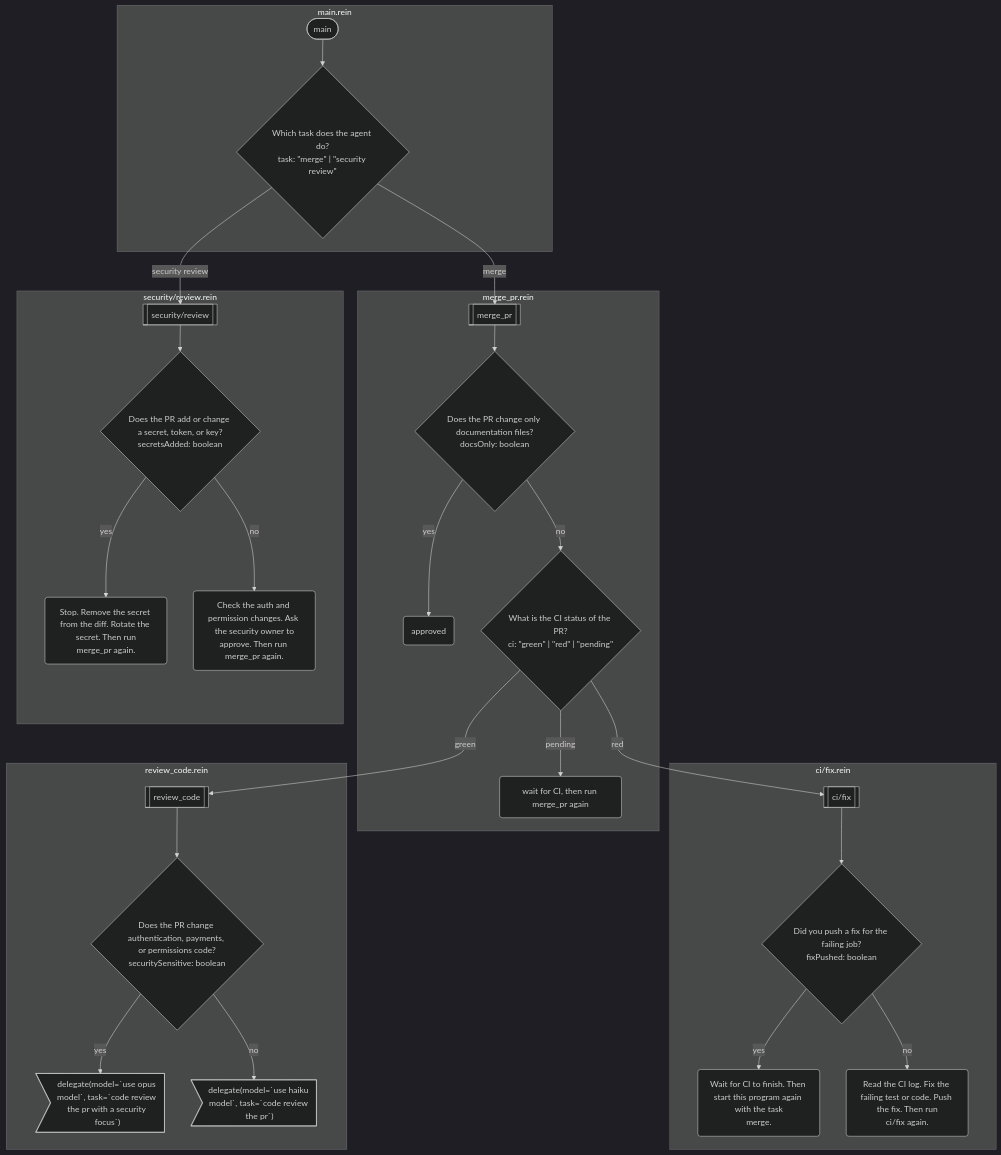
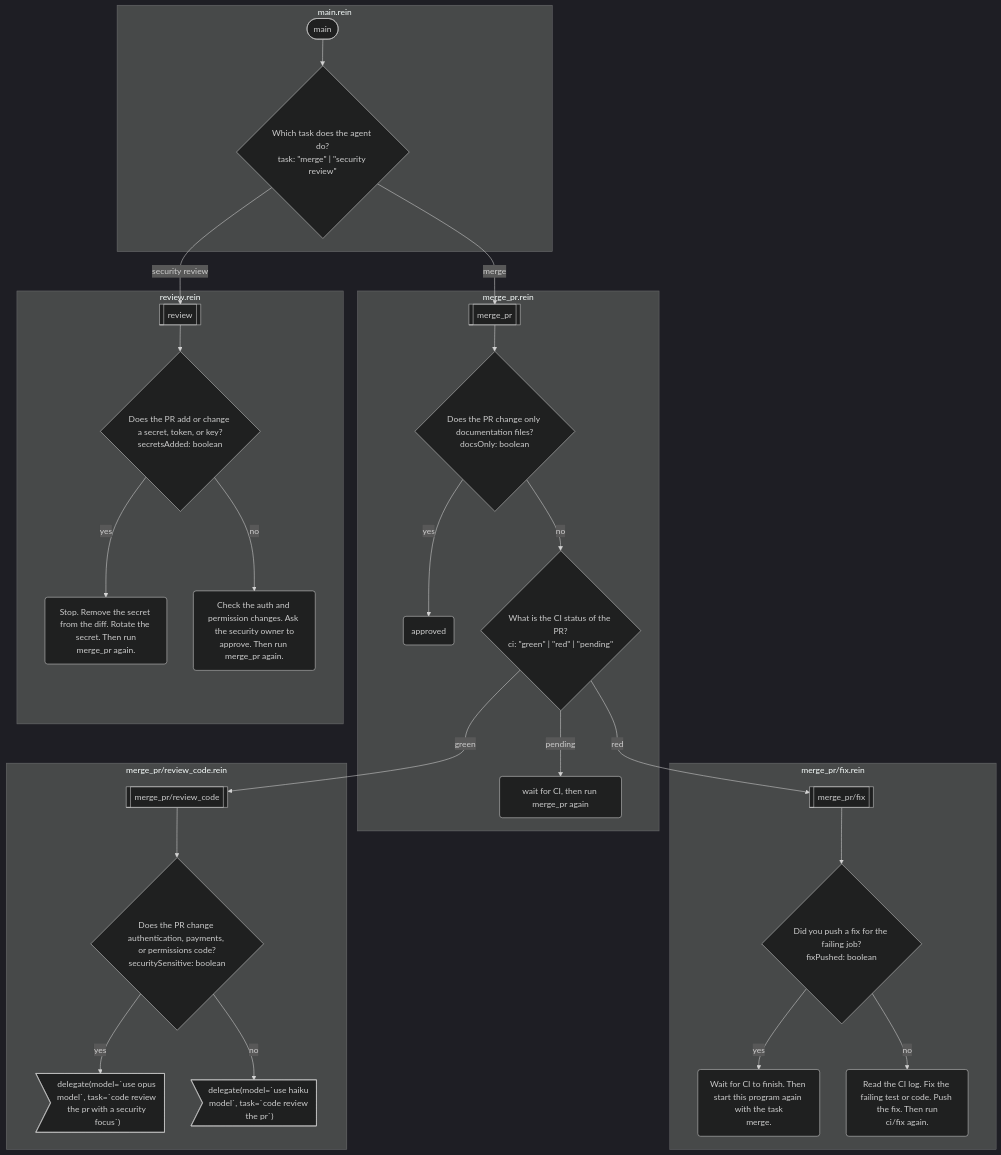
One commit to rein-lang/rein changed the diagram in website/docs/examples/merge-pr.md. Above: the diagram before and after it, drawn with Mermaid (dark theme). The commit also changed other lines of this file and 41 other files, not shown here.

````diff
--- a/website/docs/examples/merge-pr.md
+++ b/website/docs/examples/merge-pr.md
@@ -11,50 +11,50 @@
 ```mermaid
 flowchart TD
-    subgraph s0 ["ci/fix.rein"]
-        f0[["ci/fix"]]
-        f0_0{"Did you push a fix for the failing job?<br/>fixPushed: boolean"}
-        f0_1("Wait for CI to finish. Then start this program again with the task<br/>merge.")
-        f0_2("Read the CI log. Fix the failing test or code. Push the fix. Then run<br/>ci/fix again.")
+    subgraph s0 ["main.rein"]
+        f0(["main"])
+        f0_0{"Which task does the agent do?<br/>task: #quot;merge#quot; | #quot;security review#quot;"}
     end
-    subgraph s1 ["main.rein"]
-        f1(["main"])
-        f1_0{"Which task does the agent do?<br/>task: #quot;merge#quot; | #quot;security review#quot;"}
+    subgraph s1 ["merge_pr.rein"]
+        f1[["merge_pr"]]
+        f1_0{"Does the PR change only documentation files?<br/>docsOnly: boolean"}
+        f1_1("approved")
+        f1_2{"What is the CI status of the PR?<br/>ci: #quot;green#quot; | #quot;red#quot; | #quot;pending#quot;"}
+        f1_3("wait for CI, then run merge_pr again")
     end
-    subgraph s2 ["merge_pr.rein"]
-        f2[["merge_pr"]]
-        f2_0{"Does the PR change only documentation files?<br/>docsOnly: boolean"}
-        f2_1("approved")
-        f2_2{"What is the CI status of the PR?<br/>ci: #quot;green#quot; | #quot;red#quot; | #quot;pending#quot;"}
-        f2_3("wait for CI, then run merge_pr again")
+    subgraph s2 ["merge_pr/fix.rein"]
+        f2[["merge_pr/fix"]]
+        f2_0{"Did you push a fix for the failing job?<br/>fixPushed: boolean"}
+        f2_1("Wait for CI to finish. Then start this program again with the task<br/>merge.")
+        f2_2("Read the CI log. Fix the failing test or code. Push the fix. Then run<br/>ci/fix again.")
     end
-    subgraph s3 ["review_code.rein"]
-        f3[["review_code"]]
+    subgraph s3 ["merge_pr/review_code.rein"]
+        f3[["merge_pr/review_code"]]
         f3_0{"Does the PR change authentication, payments, or permissions code?<br/>securitySensitive: boolean"}
         f3_1>"delegate(model=#96;use opus model#96;, task=#96;code review the pr with a security focus#96;)"]
         f3_2>"delegate(model=#96;use haiku model#96;, task=#96;code review the pr#96;)"]
     end
-    subgraph s4 ["security/review.rein"]
-        f4[["security/review"]]
+    subgraph s4 ["review.rein"]
+        f4[["review"]]
         f4_0{"Does the PR add or change a secret, token, or key?<br/>secretsAdded: boolean"}
         f4_1("Stop. Remove the secret from the diff. Rotate the secret. Then run<br/>merge_pr again.")
         f4_2("Check the auth and permission changes. Ask the security owner to<br/>approve. Then run merge_pr again.")
     end
     f0 --> f0_0
-    f0_0 -->|"yes"| f0_1
-    f0_0 -->|"no"| f0_2
+    f0_0 -->|"merge"| f1
+    f0_0 -->|"security review"| f4
     f1 --> f1_0
-    f1_0 -->|"merge"| f2
-    f1_0 -->|"security review"| f4
+    f1_0 -->|"yes"| f1_1
+    f1_0 -->|"no"| f1_2
+    f1_2 -->|"green"| f3
+    f1_2 -->|"red"| f2
+    f1_2 -->|"pending"| f1_3
     f2 --> f2_0
     f2_0 -->|"yes"| f2_1
     f2_0 -->|"no"| f2_2
-    f2_2 -->|"green"| f3
-    f2_2 -->|"red"| f0
-    f2_2 -->|"pending"| f2_3
     f3 --> f3_0
     f3_0 -->|"yes"| f3_1
     f3_0 -->|"no"| f3_2
     f4 --> f4_0
     f4_0 -->|"yes"| f4_1
     f4_0 -->|"no"| f4_2
 ```
````
